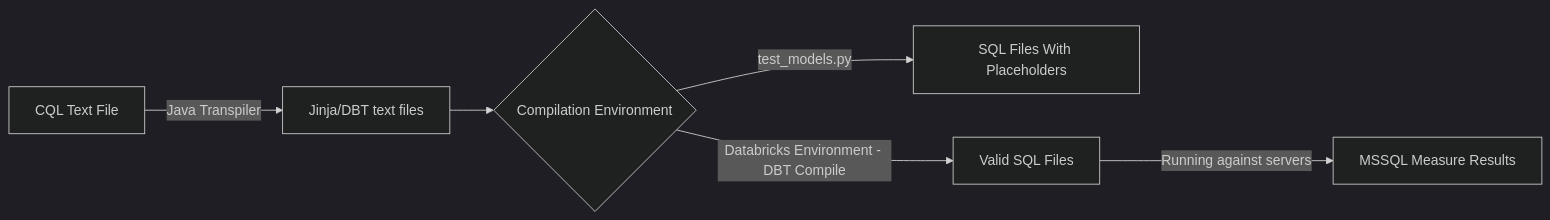
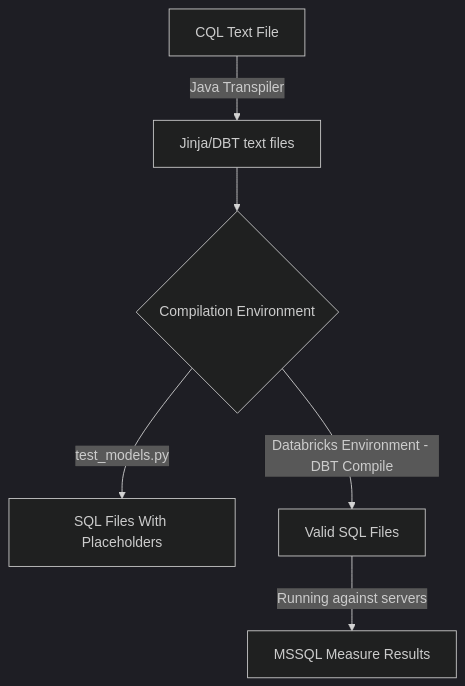
Before and after one commit to department-of-veterans-affairs/cql-transpiler: the first of 4 diagrams in DIAGRAMS.md, drawn with Mermaid (dark theme). The commit also changed 1 other file, not shown here.

Commit message:
valuesetdef operator

````diff
--- a/DIAGRAMS.md
+++ b/DIAGRAMS.md
@@ -4,9 +4,9 @@
 ```mermaid
-flowchart LR
+flowchart TD
 
 A[CQL Text File] -->|Java Transpiler| B[Jinja/DBT text files]
 B -->C{Compilation Environment}
 C -->|test_models.py| D[SQL Files With Placeholders]
 C -->|Databricks Environment - DBT Compile| E[Valid SQL Files]
 E -->|Running against servers| F[MSSQL Measure Results]
 ```
````
